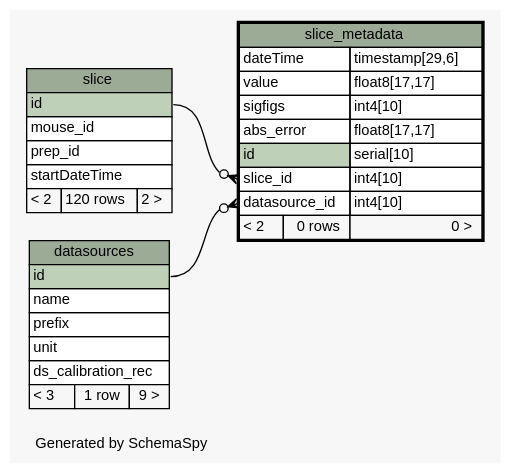
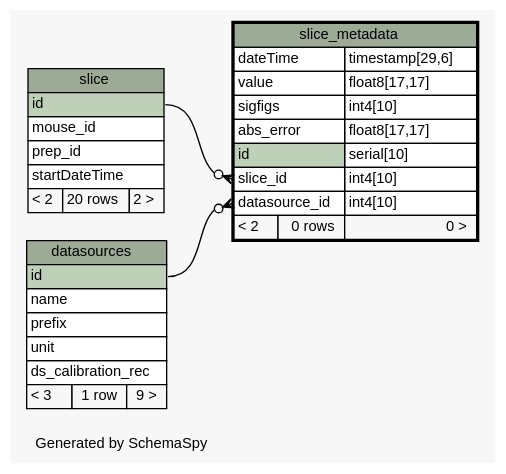
The diagram in database/ss/diagrams/slice_metadata.1degree.dot (tgbugs/mlab), drawn with Graphviz before and after one commit. The commit also changed 221 other files, not shown here.

```diff
--- a/database/ss/diagrams/slice_metadata.1degree.dot
+++ b/database/ss/diagrams/slice_metadata.1degree.dot
@@ -1,67 +1,67 @@
 // dot 2.34.0 on Windows 7 6.1
 // SchemaSpy rev 590
 digraph "oneDegreeRelationshipsDiagram" {
   graph [
     rankdir="RL"
     bgcolor="#f7f7f7"
     label="\nGenerated by SchemaSpy"
     labeljust="l"
     nodesep="0.18"
     ranksep="0.46"
     fontname="Helvetica"
     fontsize="11"
   ];
   node [
     fontname="Helvetica"
     fontsize="11"
     shape="plaintext"
   ];
   edge [
     arrowsize="0.8"
   ];
   "slice_metadata":"datasource_id":w -> "datasources":"id":e [arrowhead=none dir=back arrowtail=crowodot];
   "slice_metadata":"slice_id":w -> "slice":"id":e [arrowhead=none dir=back arrowtail=crowodot];
   "datasources" [
     label=<
     <TABLE BORDER="0" CELLBORDER="1" CELLSPACING="0" BGCOLOR="#ffffff">
       <TR><TD COLSPAN="3" BGCOLOR="#9bab96" ALIGN="CENTER">datasources</TD></TR>
       <TR><TD PORT="id" COLSPAN="3" BGCOLOR="#bed1b8" ALIGN="LEFT">id</TD></TR>
       <TR><TD PORT="name" COLSPAN="3" ALIGN="LEFT">name</TD></TR>
       <TR><TD PORT="prefix" COLSPAN="3" ALIGN="LEFT">prefix</TD></TR>
       <TR><TD PORT="unit" COLSPAN="3" ALIGN="LEFT">unit</TD></TR>
       <TR><TD PORT="ds_calibration_rec" COLSPAN="3" ALIGN="LEFT">ds_calibration_rec</TD></TR>
       <TR><TD ALIGN="LEFT" BGCOLOR="#f7f7f7">&lt; 3</TD><TD ALIGN="RIGHT" BGCOLOR="#f7f7f7">1 row</TD><TD ALIGN="RIGHT" BGCOLOR="#f7f7f7">9 &gt;</TD></TR>
     </TABLE>>
     URL="datasources.html"
     tooltip="datasources"
   ];
   "slice" [
     label=<
     <TABLE BORDER="0" CELLBORDER="1" CELLSPACING="0" BGCOLOR="#ffffff">
       <TR><TD COLSPAN="3" BGCOLOR="#9bab96" ALIGN="CENTER">slice</TD></TR>
       <TR><TD PORT="id" COLSPAN="3" BGCOLOR="#bed1b8" ALIGN="LEFT">id</TD></TR>
       <TR><TD PORT="mouse_id" COLSPAN="3" ALIGN="LEFT">mouse_id</TD></TR>
       <TR><TD PORT="prep_id" COLSPAN="3" ALIGN="LEFT">prep_id</TD></TR>
       <TR><TD PORT="startDateTime" COLSPAN="3" ALIGN="LEFT">startDateTime</TD></TR>
-      <TR><TD ALIGN="LEFT" BGCOLOR="#f7f7f7">&lt; 2</TD><TD ALIGN="RIGHT" BGCOLOR="#f7f7f7">120 rows</TD><TD ALIGN="RIGHT" BGCOLOR="#f7f7f7">2 &gt;</TD></TR>
+      <TR><TD ALIGN="LEFT" BGCOLOR="#f7f7f7">&lt; 2</TD><TD ALIGN="RIGHT" BGCOLOR="#f7f7f7">20 rows</TD><TD ALIGN="RIGHT" BGCOLOR="#f7f7f7">2 &gt;</TD></TR>
     </TABLE>>
     URL="slice.html"
     tooltip="slice"
   ];
   "slice_metadata" [
     label=<
     <TABLE BORDER="2" CELLBORDER="1" CELLSPACING="0" BGCOLOR="#ffffff">
       <TR><TD COLSPAN="3" BGCOLOR="#9bab96" ALIGN="CENTER">slice_metadata</TD></TR>
       <TR><TD PORT="dateTime" COLSPAN="2" ALIGN="LEFT">dateTime</TD><TD PORT="dateTime.type" ALIGN="LEFT">timestamp[29,6]</TD></TR>
       <TR><TD PORT="value" COLSPAN="2" ALIGN="LEFT">value</TD><TD PORT="value.type" ALIGN="LEFT">float8[17,17]</TD></TR>
       <TR><TD PORT="sigfigs" COLSPAN="2" ALIGN="LEFT">sigfigs</TD><TD PORT="sigfigs.type" ALIGN="LEFT">int4[10]</TD></TR>
       <TR><TD PORT="abs_error" COLSPAN="2" ALIGN="LEFT">abs_error</TD><TD PORT="abs_error.type" ALIGN="LEFT">float8[17,17]</TD></TR>
       <TR><TD PORT="id" COLSPAN="2" BGCOLOR="#bed1b8" ALIGN="LEFT">id</TD><TD PORT="id.type" ALIGN="LEFT">serial[10]</TD></TR>
       <TR><TD PORT="slice_id" COLSPAN="2" ALIGN="LEFT">slice_id</TD><TD PORT="slice_id.type" ALIGN="LEFT">int4[10]</TD></TR>
       <TR><TD PORT="datasource_id" COLSPAN="2" ALIGN="LEFT">datasource_id</TD><TD PORT="datasource_id.type" ALIGN="LEFT">int4[10]</TD></TR>
       <TR><TD ALIGN="LEFT" BGCOLOR="#f7f7f7">&lt; 2</TD><TD ALIGN="RIGHT" BGCOLOR="#f7f7f7">0 rows</TD><TD ALIGN="RIGHT" BGCOLOR="#f7f7f7">0 &gt;</TD></TR>
     </TABLE>>
     URL="slice_metadata.html"
     tooltip="slice_metadata"
   ];
 }
```
